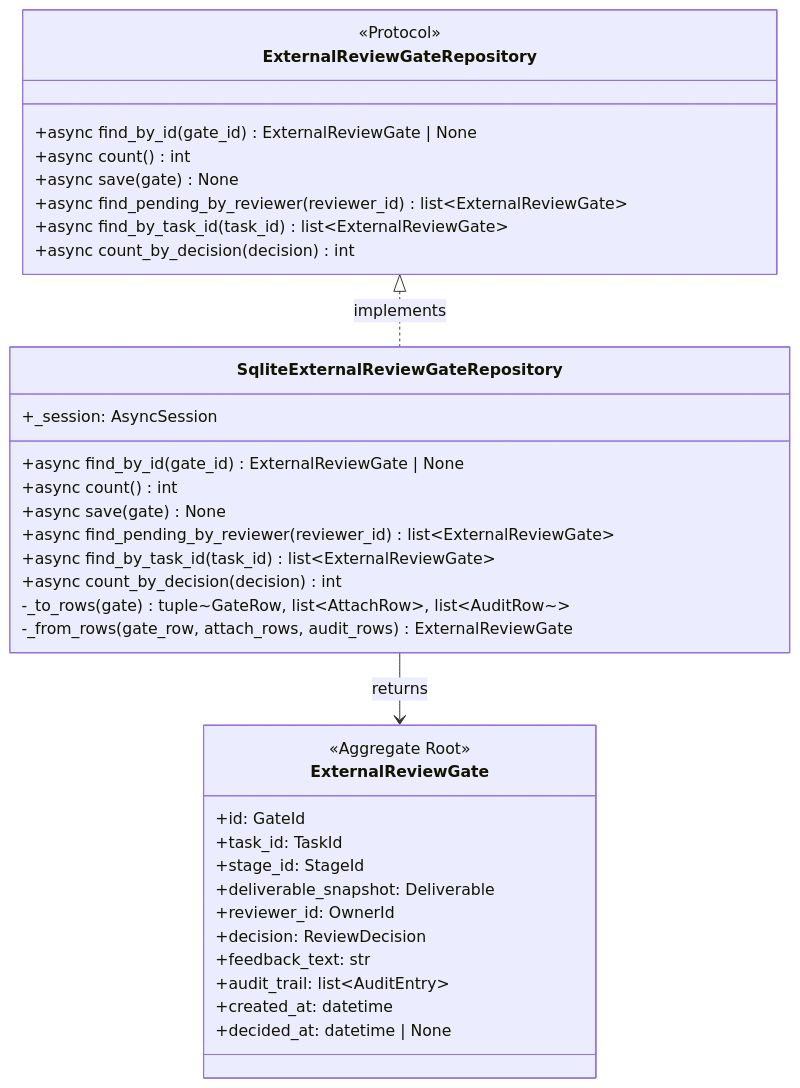
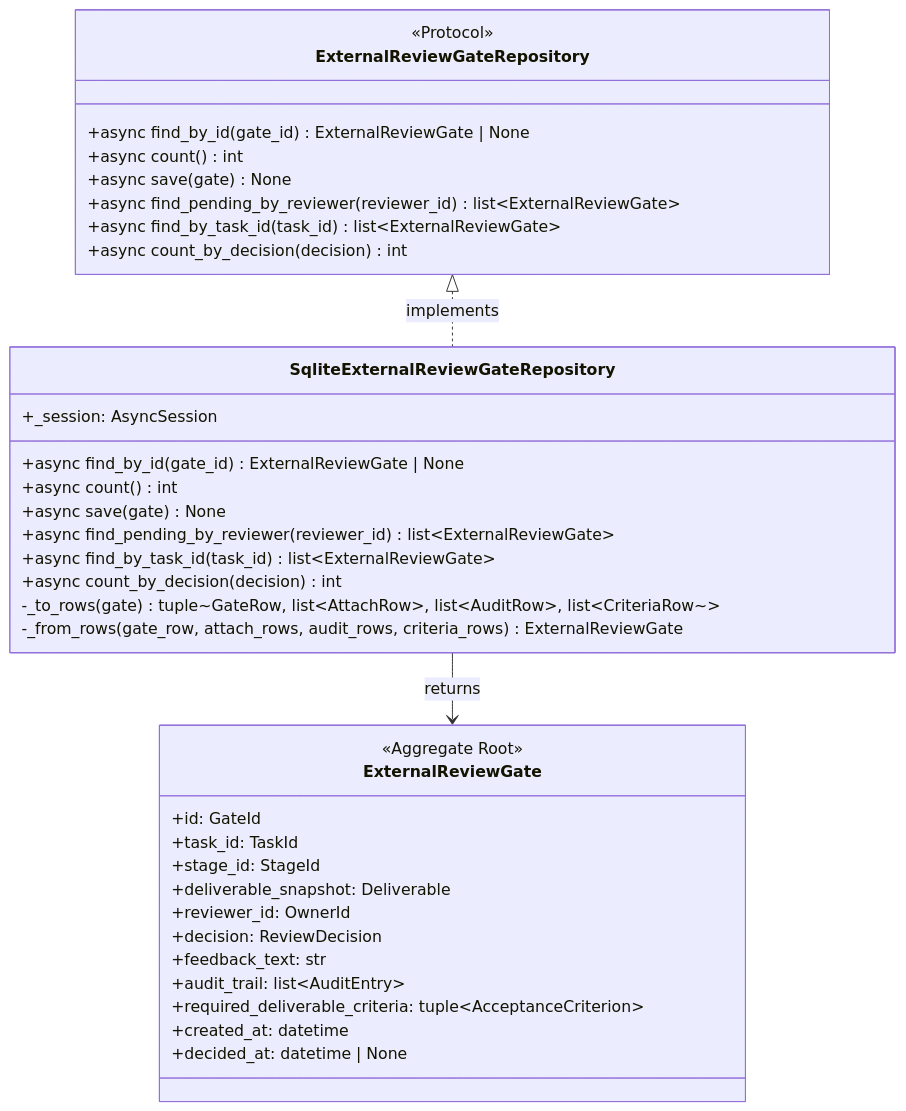
The first of 3 diagrams in docs/features/external-review-gate/repository/basic-design.md (bakufu-dev/bakufu), drawn with Mermaid before and after one commit. The commit also changed other lines of this file and 9 other files, not shown here.

First line of the commit message:
docs(#121): ExternalReviewGate に required_deliverable_criteria snapshot を追加

````diff
--- a/docs/features/external-review-gate/repository/basic-design.md
+++ b/docs/features/external-review-gate/repository/basic-design.md
@@ -85,39 +88,40 @@
 ```mermaid
 classDiagram
     class ExternalReviewGateRepository {
         <<Protocol>>
         +async find_by_id(gate_id) ExternalReviewGate | None
         +async count() int
         +async save(gate) None
         +async find_pending_by_reviewer(reviewer_id) list~ExternalReviewGate~
         +async find_by_task_id(task_id) list~ExternalReviewGate~
         +async count_by_decision(decision) int
     }
     class SqliteExternalReviewGateRepository {
         +_session: AsyncSession
         +async find_by_id(gate_id) ExternalReviewGate | None
         +async count() int
         +async save(gate) None
         +async find_pending_by_reviewer(reviewer_id) list~ExternalReviewGate~
         +async find_by_task_id(task_id) list~ExternalReviewGate~
         +async count_by_decision(decision) int
-        -_to_rows(gate) tuple~GateRow, list~AttachRow~, list~AuditRow~~
-        -_from_rows(gate_row, attach_rows, audit_rows) ExternalReviewGate
+        -_to_rows(gate) tuple~GateRow, list~AttachRow~, list~AuditRow~, list~CriteriaRow~~
+        -_from_rows(gate_row, attach_rows, audit_rows, criteria_rows) ExternalReviewGate
     }
     class ExternalReviewGate {
         <<Aggregate Root>>
         +id: GateId
         +task_id: TaskId
         +stage_id: StageId
         +deliverable_snapshot: Deliverable
         +reviewer_id: OwnerId
         +decision: ReviewDecision
         +feedback_text: str
         +audit_trail: list~AuditEntry~
+        +required_deliverable_criteria: tuple~AcceptanceCriterion~
         +created_at: datetime
         +decided_at: datetime | None
     }
 
     ExternalReviewGateRepository <|.. SqliteExternalReviewGateRepository : implements
     SqliteExternalReviewGateRepository --> ExternalReviewGate : returns
 ```
````
